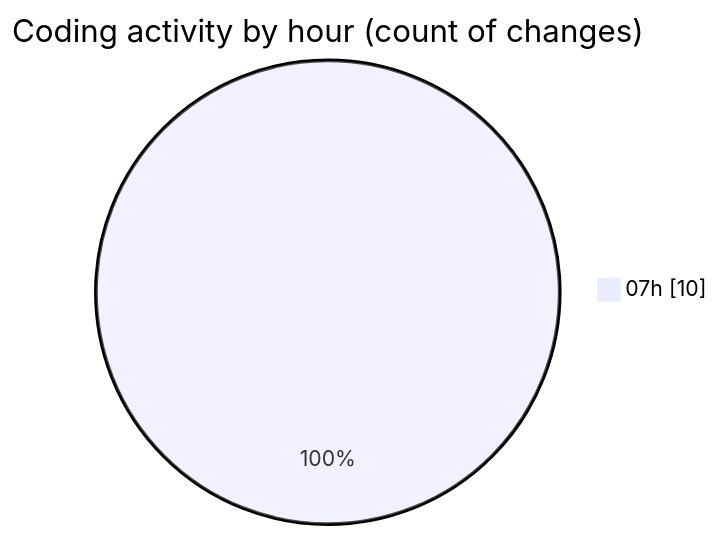
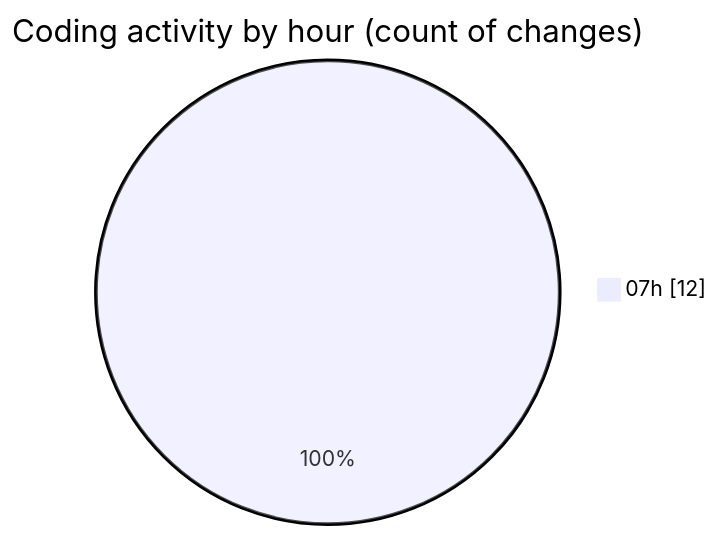
The second of 2 diagrams in 2025-06-19/app__container_registration-app__calm-app__/README.md (seballot/code-tracking), drawn with Mermaid before and after one commit. The commit also changed other lines of this file and 1 other file, not shown here.

````diff
--- a/2025-06-19/app__container_registration-app__calm-app__/README.md
+++ b/2025-06-19/app__container_registration-app__calm-app__/README.md
@@ -31,5 +31,5 @@
 ```mermaid
 pie showData
 title Coding activity by hour (count of changes)
-"07h" : 10
+"07h" : 12
 ```
````
